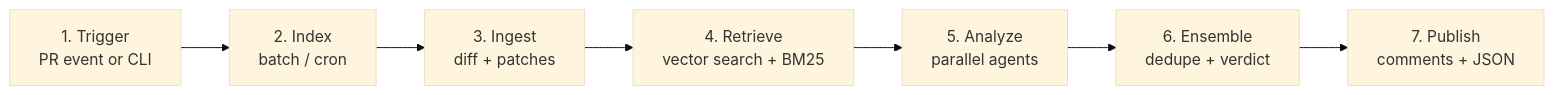
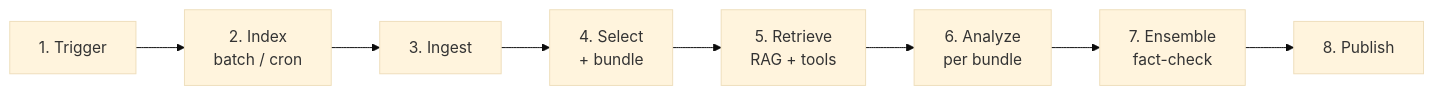
The second of 7 diagrams in README.md (cipheraxat/codereviewer_agent), drawn with Mermaid (base theme) before and after one commit. The commit also changed other lines of this file, not shown here.

First line of the commit message:
docs: document v0.5.2 OCR harness and architecture.

````diff
--- a/README.md
+++ b/README.md
@@ -28,12 +36,13 @@
 ```mermaid
 flowchart LR
-  T["1. Trigger<br/>PR event or CLI"]
+  T["1. Trigger"]
   IX["2. Index<br/>batch / cron"]
-  IN["3. Ingest<br/>diff + patches"]
-  R["4. Retrieve<br/>vector search + BM25"]
-  A["5. Analyze<br/>parallel agents"]
-  E["6. Ensemble<br/>dedupe + verdict"]
-  P["7. Publish<br/>comments + JSON"]
+  IN["3. Ingest"]
+  S["4. Select<br/>+ bundle"]
+  R["5. Retrieve<br/>RAG + tools"]
+  A["6. Analyze<br/>per bundle"]
+  E["7. Ensemble<br/>fact-check"]
+  P["8. Publish"]
 
-  T --> IX --> IN --> R --> A --> E --> P
+  T --> IX --> IN --> S --> R --> A --> E --> P
 ```
````
